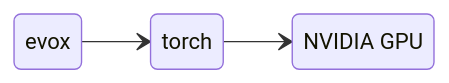
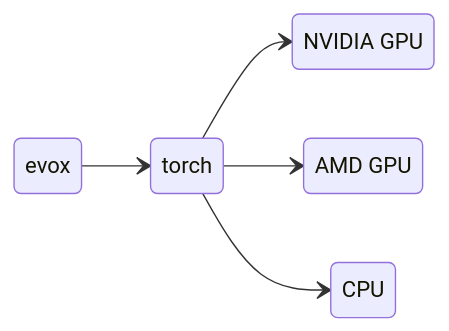
One commit to EMI-Group/evox changed the diagram in docs/source/guide/install/install.md. Above: the diagram before and after it, drawn with Mermaid. The commit also changed other lines of this file and 3 other files, not shown here.

````diff
--- a/docs/source/guide/install/install.md
+++ b/docs/source/guide/install/install.md
@@ -16,10 +21,14 @@
 ```{mermaid}
 stateDiagram-v2
     torch : torch
-    gpu : NVIDIA GPU
+    nv_gpu : NVIDIA GPU
+    amd_gpu : AMD GPU
+    cpu : CPU
 
     direction LR
 
     evox --> torch
-    torch --> gpu
+    torch --> nv_gpu
+    torch --> amd_gpu
+    torch --> cpu
 ```
````
